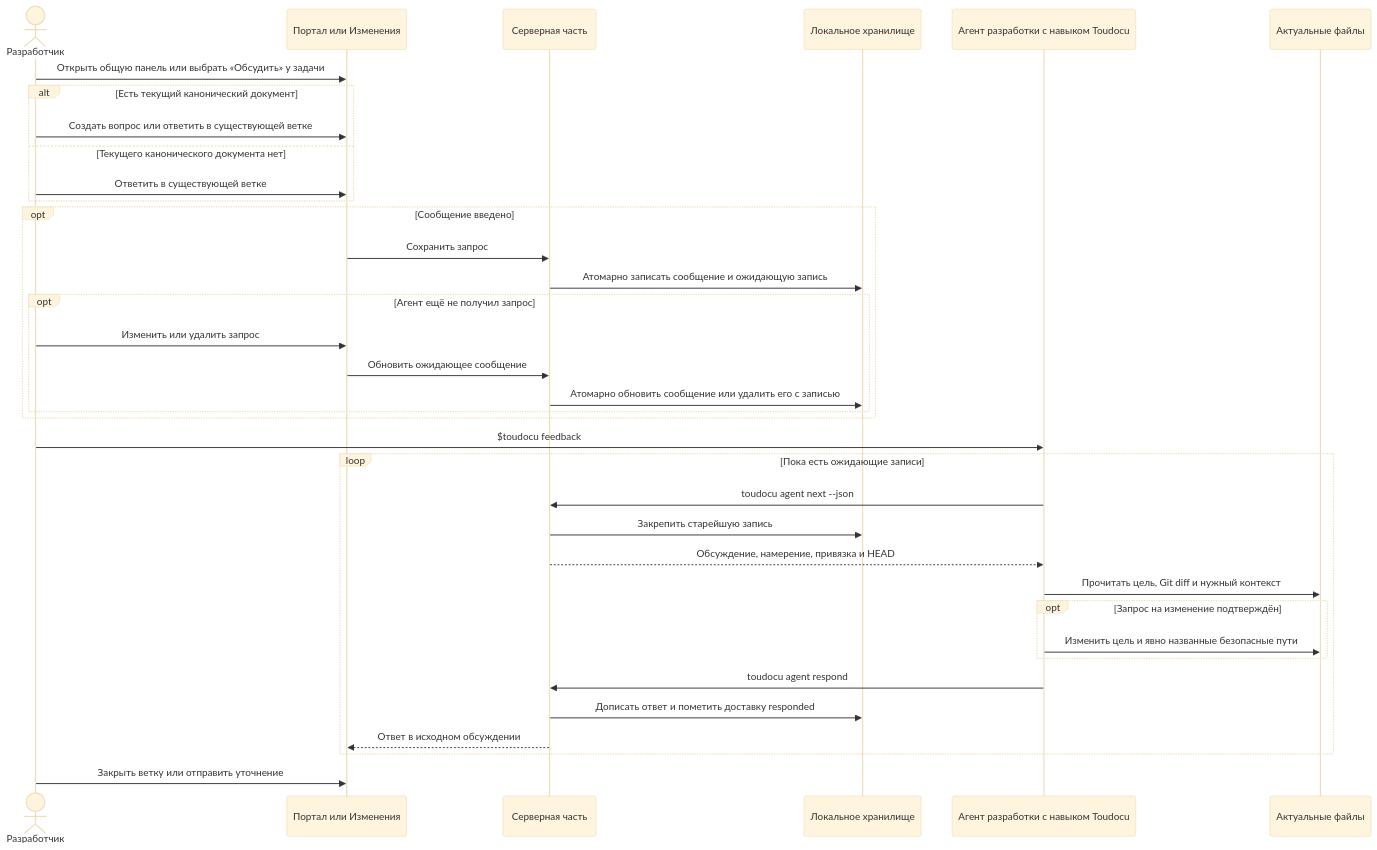
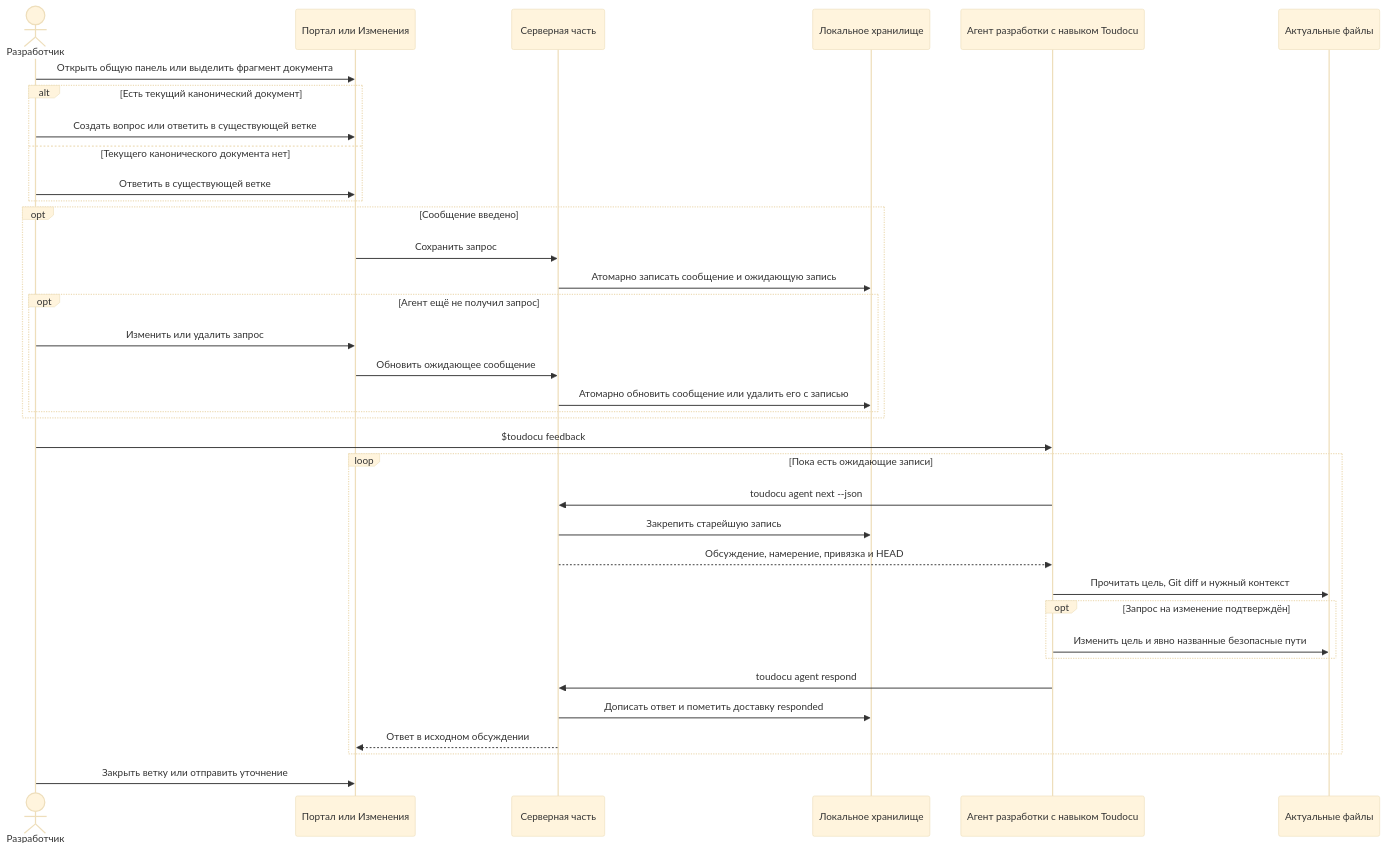
One commit to lumenikoly/docu-docu changed the diagram in docs/flows/FLOW-AGENT-FEEDBACK.md. Above: the diagram before and after it, drawn with Mermaid (base theme). The commit also changed other lines of this file and 32 other files, not shown here.

````diff
--- a/docs/flows/FLOW-AGENT-FEEDBACK.md
+++ b/docs/flows/FLOW-AGENT-FEEDBACK.md
@@ -12,39 +12,39 @@
 ```mermaid
 sequenceDiagram
     actor Human as Разработчик
     participant UI as Портал или Изменения
     participant Core as Серверная часть
     participant Store as Локальное хранилище
     participant Agent as Агент разработки с навыком Toudocu
     participant Files as Актуальные файлы
 
-    Human->>UI: Открыть общую панель или выбрать «Обсудить» у задачи
+    Human->>UI: Открыть общую панель или выделить фрагмент документа
     alt Есть текущий канонический документ
         Human->>UI: Создать вопрос или ответить в существующей ветке
     else Текущего канонического документа нет
         Human->>UI: Ответить в существующей ветке
     end
     opt Сообщение введено
         UI->>Core: Сохранить запрос
         Core->>Store: Атомарно записать сообщение и ожидающую запись
         opt Агент ещё не получил запрос
             Human->>UI: Изменить или удалить запрос
             UI->>Core: Обновить ожидающее сообщение
             Core->>Store: Атомарно обновить сообщение или удалить его с записью
         end
     end
     Human->>Agent: $toudocu feedback
     loop Пока есть ожидающие записи
         Agent->>Core: toudocu agent next --json
         Core->>Store: Закрепить старейшую запись
         Core-->>Agent: Обсуждение, намерение, привязка и HEAD
         Agent->>Files: Прочитать цель, Git diff и нужный контекст
         opt Запрос на изменение подтверждён
             Agent->>Files: Изменить цель и явно названные безопасные пути
         end
         Agent->>Core: toudocu agent respond
         Core->>Store: Дописать ответ и пометить доставку responded
         Core-->>UI: Ответ в исходном обсуждении
     end
     Human->>UI: Закрыть ветку или отправить уточнение
 ```
````
